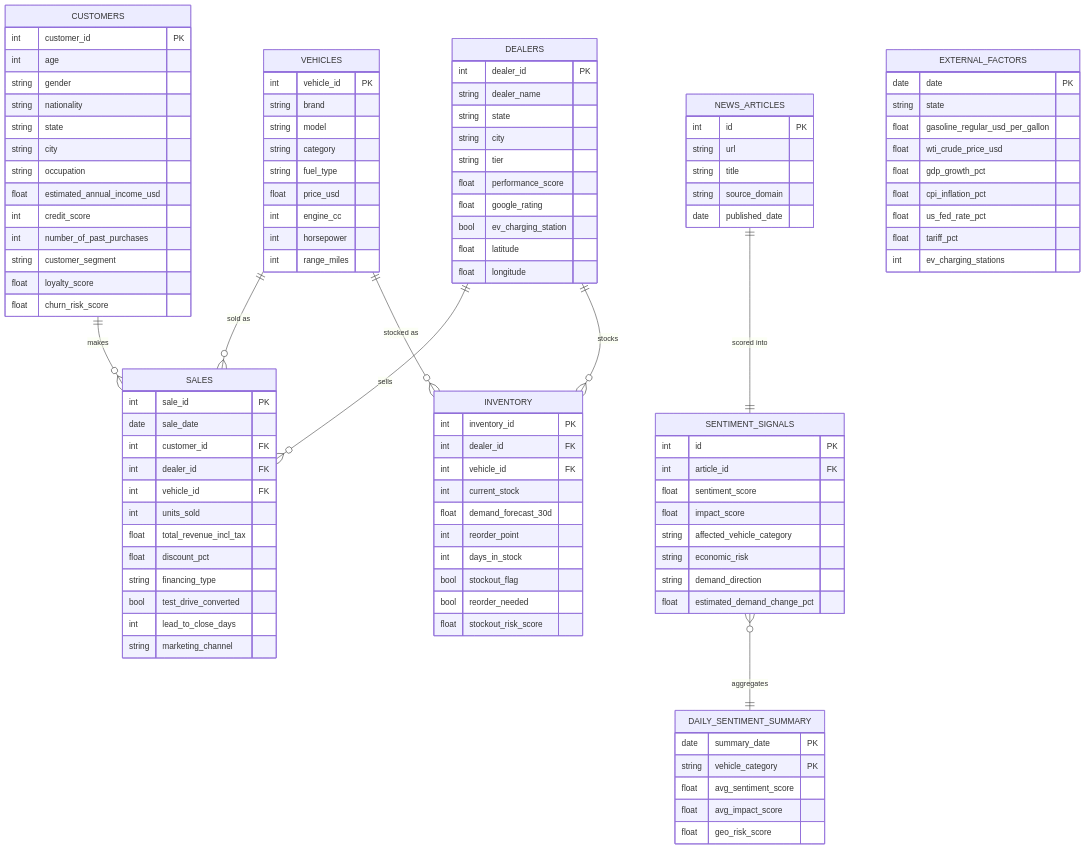
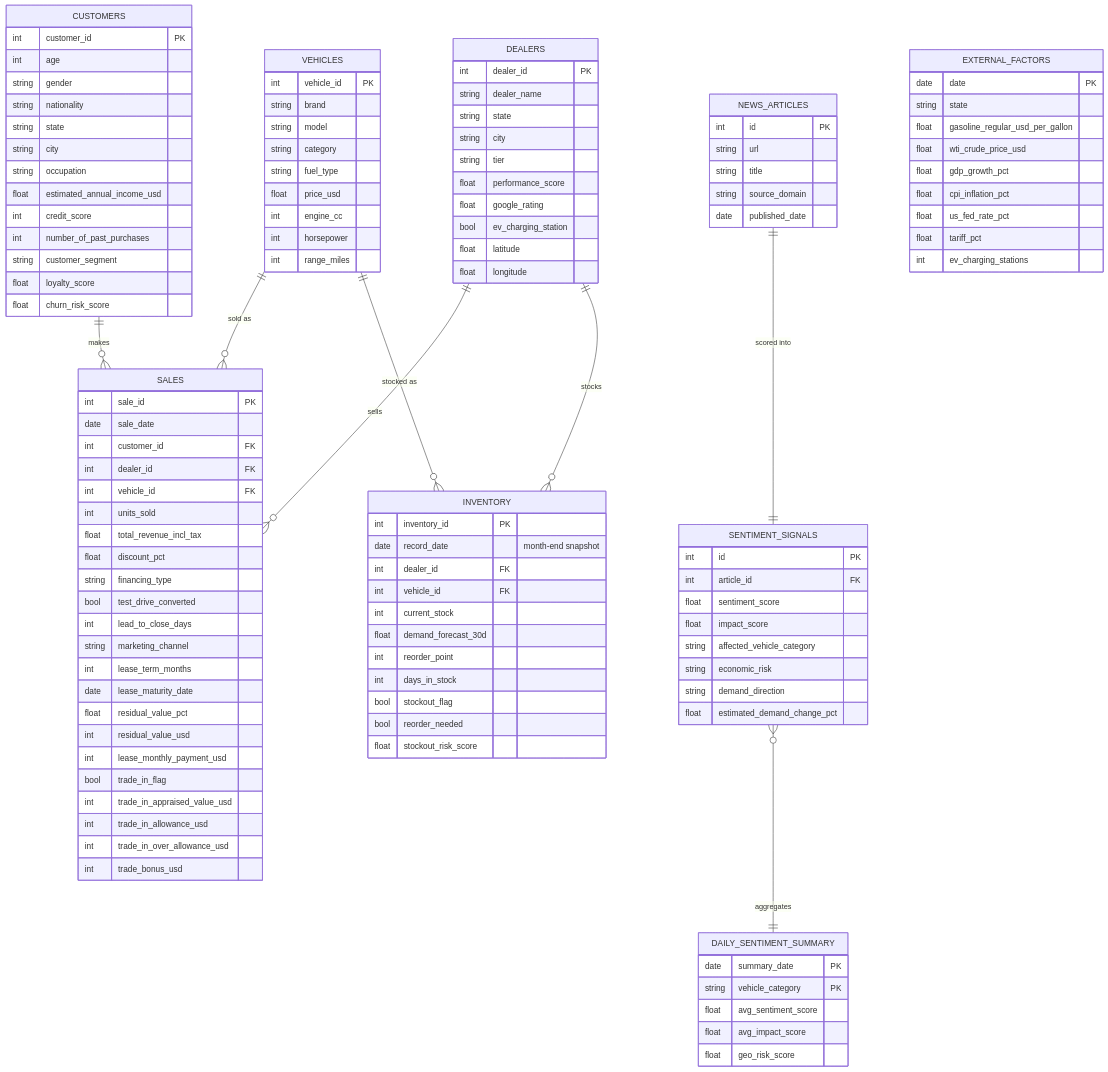
The second of 6 diagrams in TECHNICAL_DOCUMENTATION.md (pushpalhedau/Demand-Prediction), drawn with Mermaid before and after one commit. The commit also changed other lines of this file and 37 other files, not shown here.

```diff
--- a/TECHNICAL_DOCUMENTATION.md
+++ b/TECHNICAL_DOCUMENTATION.md
@@ -264,9 +265,20 @@
         bool test_drive_converted
         int lead_to_close_days
         string marketing_channel
+        int lease_term_months
+        date lease_maturity_date
+        float residual_value_pct
+        int residual_value_usd
+        int lease_monthly_payment_usd
+        bool trade_in_flag
+        int trade_in_appraised_value_usd
+        int trade_in_allowance_usd
+        int trade_in_over_allowance_usd
+        int trade_bonus_usd
     }
     INVENTORY {
         int inventory_id PK
+        date record_date "month-end snapshot"
         int dealer_id FK
         int vehicle_id FK
         int current_stock
```
